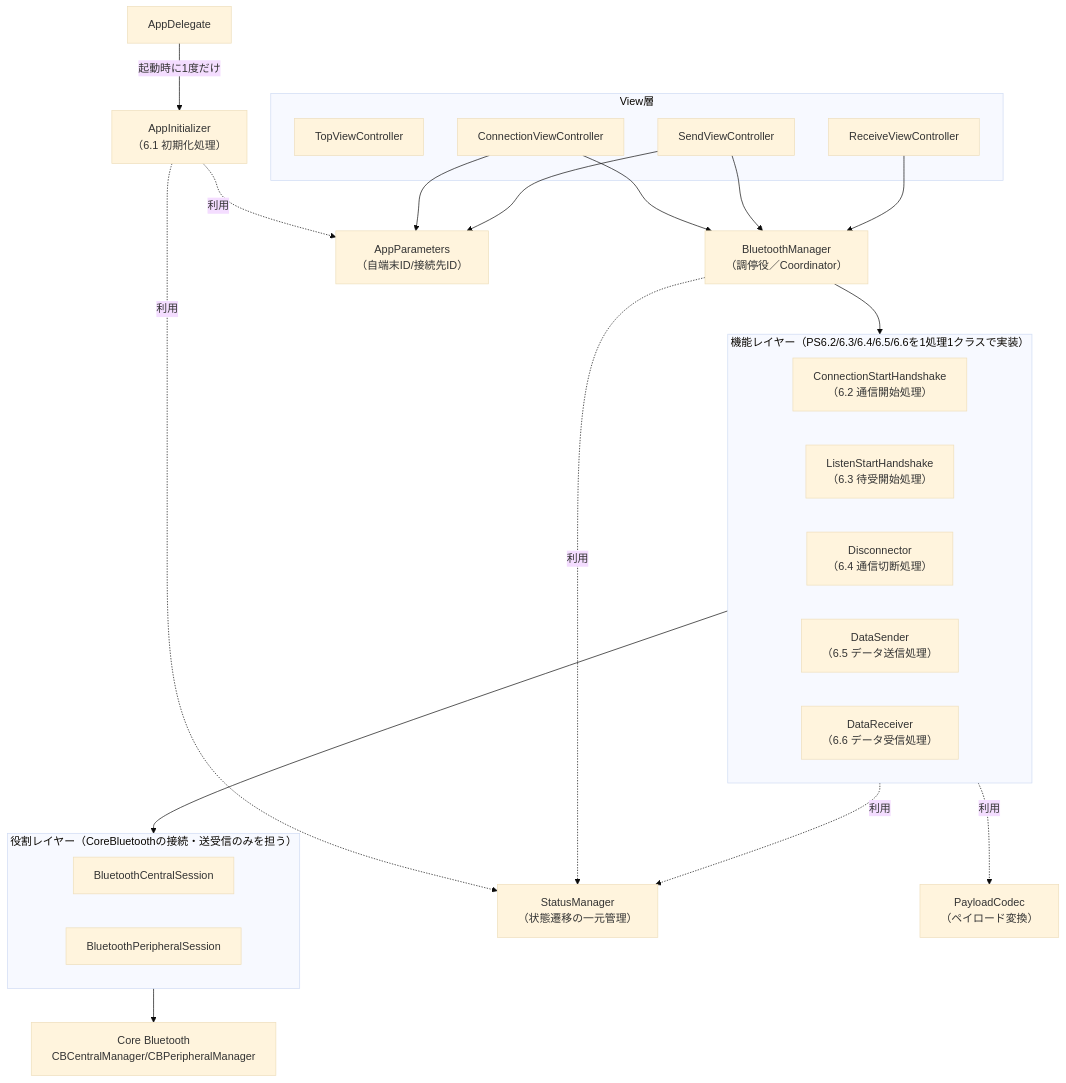
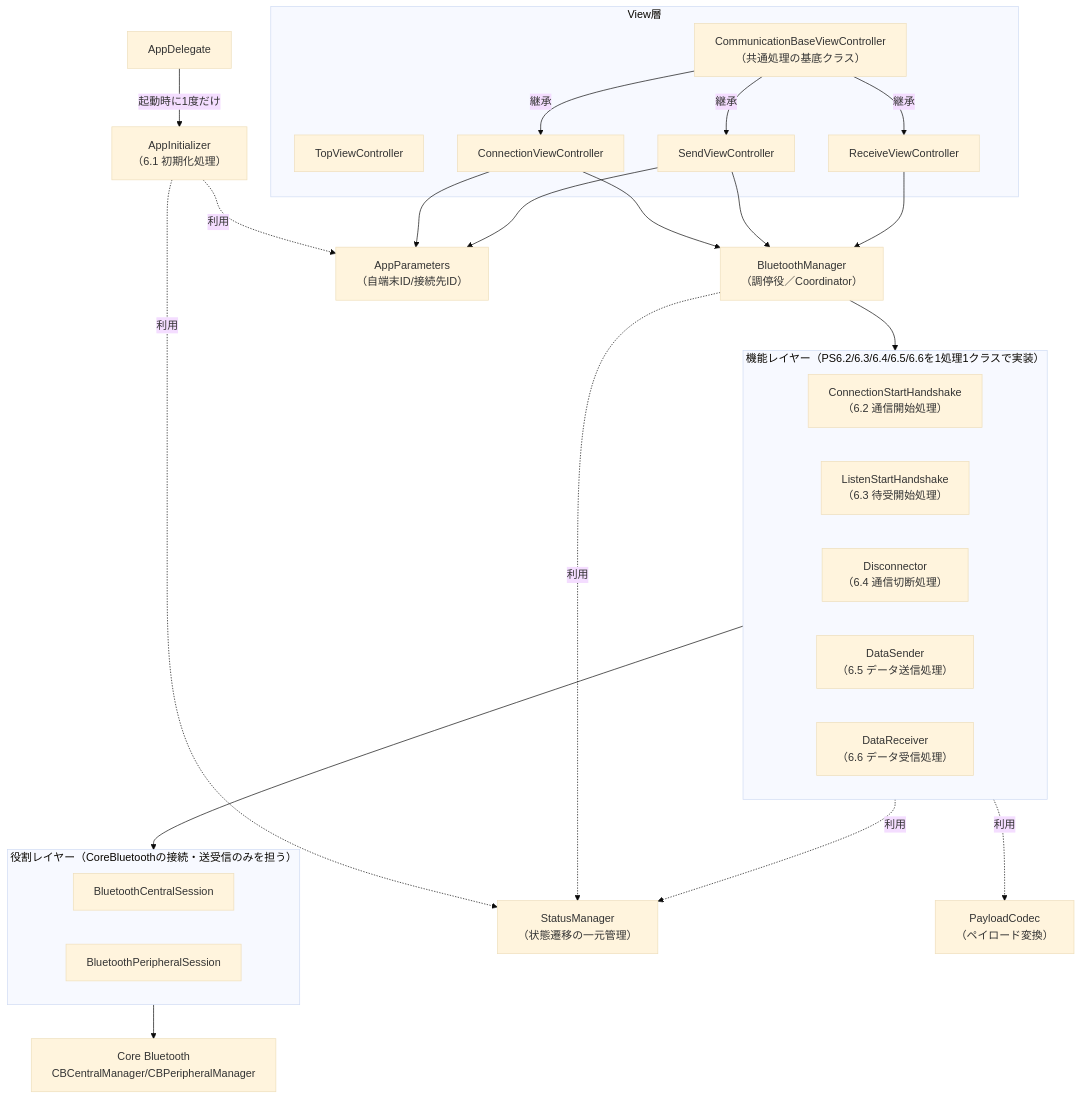
The first of 5 diagrams in docs/design/PS設計書.md (728h7y4bdh-cr/Test.swiftpm), drawn with Mermaid (base theme) before and after one commit. The commit also changed other lines of this file and 5 other files, not shown here.

````diff
--- a/docs/design/PS設計書.md
+++ b/docs/design/PS設計書.md
@@ -29,49 +30,53 @@
 ```mermaid
 flowchart TB
     subgraph View層
         VC1["TopViewController"]
+        CBV["CommunicationBaseViewController<br/>（共通処理の基底クラス）"]
         VC2["ConnectionViewController"]
         VC3["SendViewController"]
         VC4["ReceiveViewController"]
+        CBV --継承--> VC2
+        CBV --継承--> VC3
+        CBV --継承--> VC4
     end
 
     AD["AppDelegate"]
     AI["AppInitializer<br/>（6.1 初期化処理）"]
 
     BM["BluetoothManager<br/>（調停役／Coordinator）"]
 
     subgraph funcs["機能レイヤー（PS6.2/6.3/6.4/6.5/6.6を1処理1クラスで実装）"]
         H1["ConnectionStartHandshake<br/>（6.2 通信開始処理）"]
         H2["ListenStartHandshake<br/>（6.3 待受開始処理）"]
         H5["Disconnector<br/>（6.4 通信切断処理）"]
         H3["DataSender<br/>（6.5 データ送信処理）"]
         H4["DataReceiver<br/>（6.6 データ受信処理）"]
     end
 
     subgraph roles["役割レイヤー（CoreBluetoothの接続・送受信のみを担う）"]
         CS["BluetoothCentralSession"]
         PSS["BluetoothPeripheralSession"]
     end
 
     SM["StatusManager<br/>（状態遷移の一元管理）"]
     PM["AppParameters<br/>（自端末ID/接続先ID）"]
     PC["PayloadCodec<br/>（ペイロード変換）"]
     CB["Core Bluetooth<br/>CBCentralManager/CBPeripheralManager"]
 
     AD --起動時に1度だけ--> AI
     AI -.利用.-> SM
     AI -.利用.-> PM
 
     VC2 --> BM
     VC2 --> PM
     VC3 --> BM
     VC3 --> PM
     VC4 --> BM
 
     BM --> funcs
     BM -.利用.-> SM
     funcs --> roles
     funcs -.利用.-> SM
     funcs -.利用.-> PC
     roles --> CB
 ```
````
